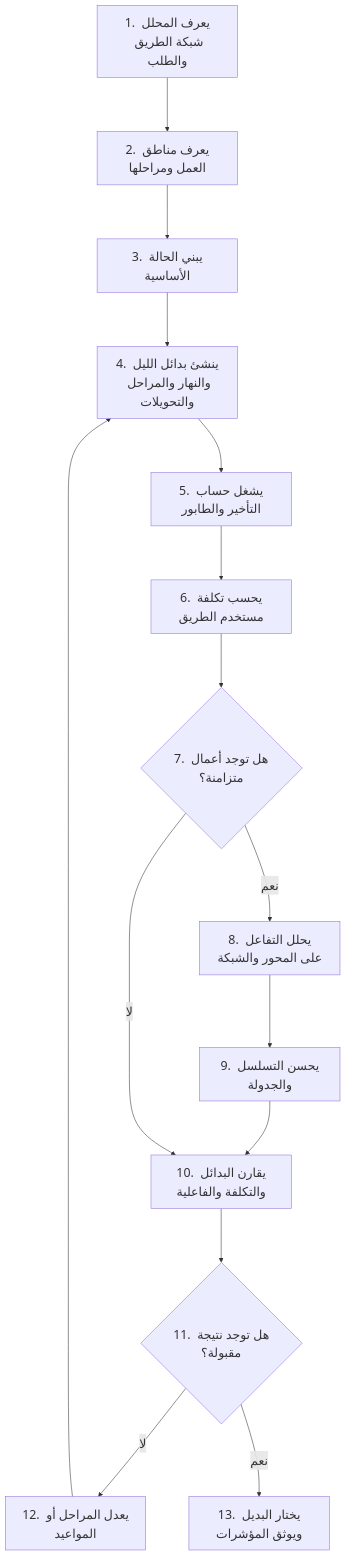
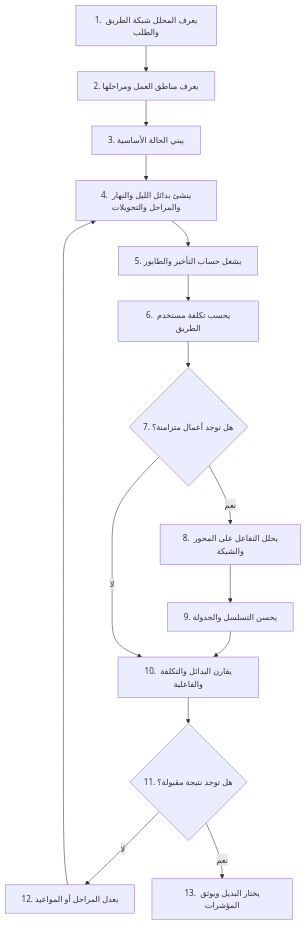
Before and after one commit to NotMarwan/Baladiyathon: the ninth of 12 diagrams in research/2026-07-23/athar-competitor-benchmarks/user-experience-uml.md, drawn with Mermaid. The commit also changed other lines of this file and 3 other files, not shown here.

````diff
--- a/research/2026-07-23/athar-competitor-benchmarks/user-experience-uml.md
+++ b/research/2026-07-23/athar-competitor-benchmarks/user-experience-uml.md
@@ -317,23 +318,23 @@
 ```mermaid
-%%{init: {"flowchart": {"useMaxWidth": false, "nodeSpacing": 80, "rankSpacing": 100}, "themeVariables": {"fontSize": "23px"}}}%%
+%%{init: {"flowchart": {"useMaxWidth": true, "nodeSpacing": 32, "rankSpacing": 48}, "themeVariables": {"fontSize": "15px"}}}%%
 flowchart TB
  A["1. يعرف المحلل شبكة الطريق والطلب"]
  B["2. يعرف مناطق العمل ومراحلها"]
  C["3. يبني الحالة الأساسية"]
  D["4. ينشئ بدائل الليل والنهار والمراحل والتحويلات"]
  E["5. يشغل حساب التأخير والطابور"]
  F["6. يحسب تكلفة مستخدم الطريق"]
  G{"7. هل توجد أعمال متزامنة؟"}
  H["8. يحلل التفاعل على المحور والشبكة"]
  I["9. يحسن التسلسل والجدولة"]
  J["10. يقارن البدائل والتكلفة والفاعلية"]
  K{"11. هل توجد نتيجة مقبولة؟"}
  L["12. يعدل المراحل أو المواعيد"]
  M["13. يختار البديل ويوثق المؤشرات"]
  A --> B --> C --> D --> E --> F --> G
  G -->|"نعم"| H --> I --> J
  G -->|"لا"| J
  J --> K
  K -->|"لا"| L --> D
  K -->|"نعم"| M
 ```
````
